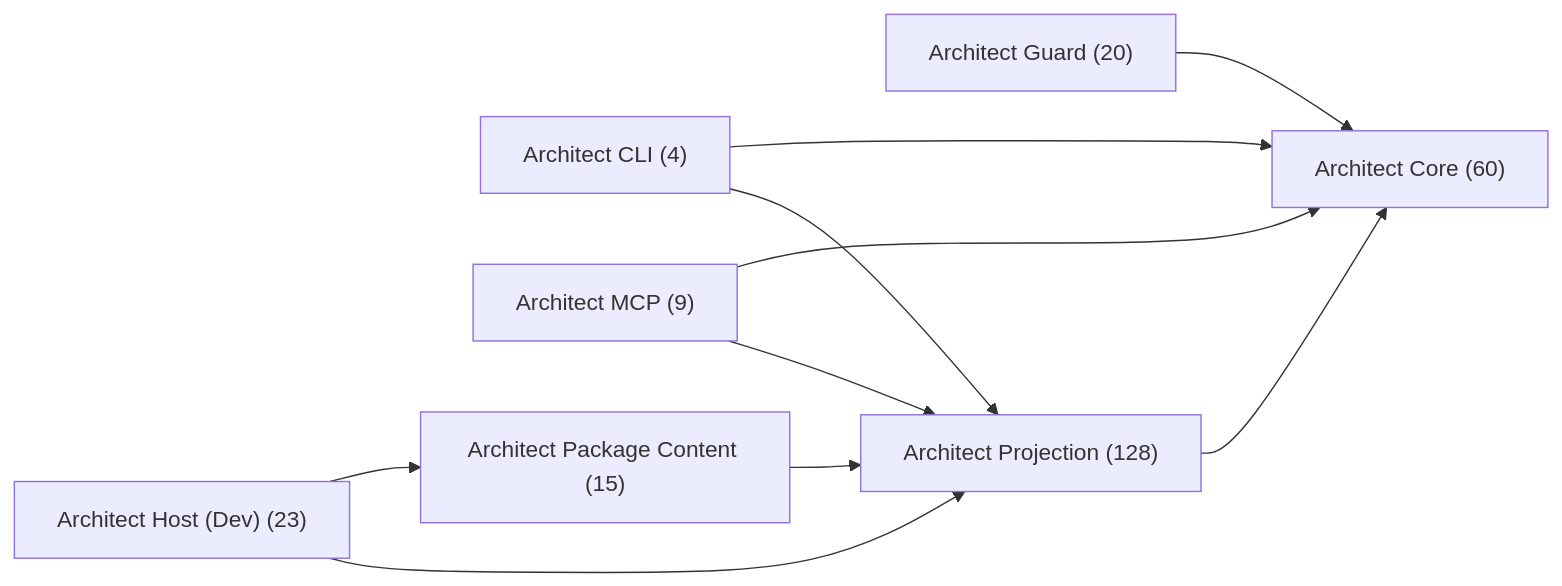
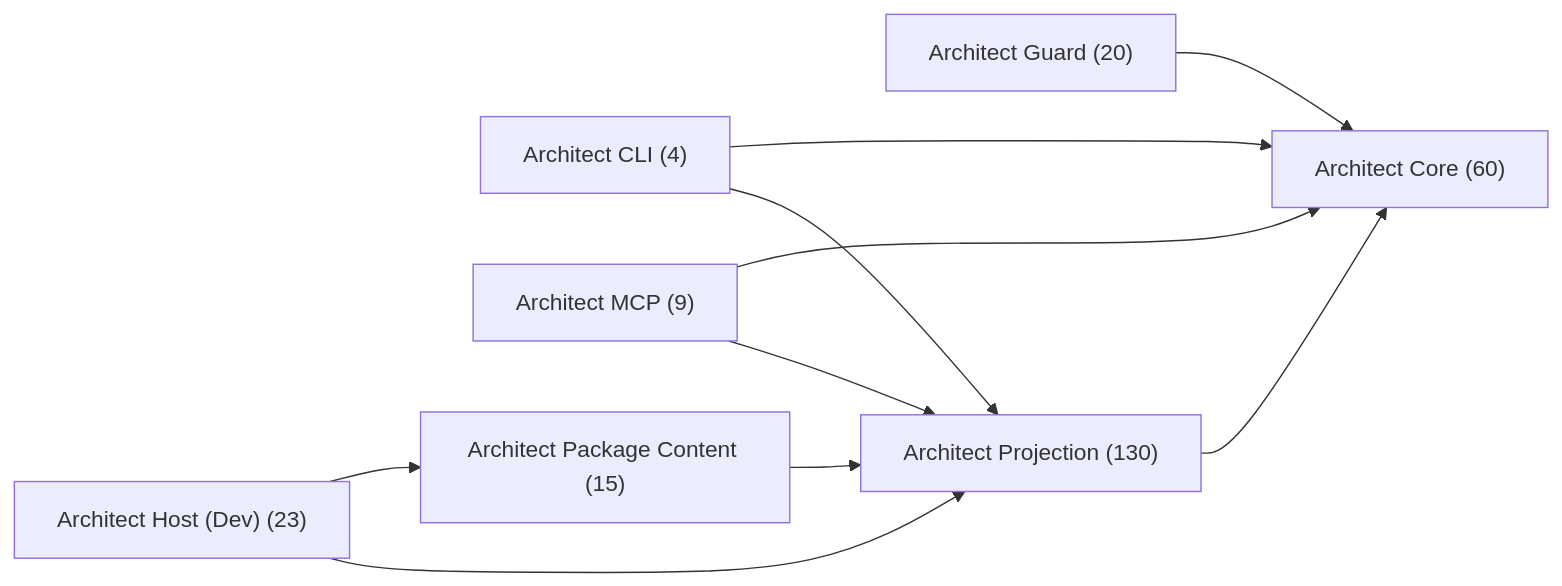
One commit to libar-dev/architect changed the first of 8 diagrams in docs-live/architecture/package-seam.md. Above: the diagram before and after it, drawn with Mermaid. The commit also changed other lines of this file and 16 other files, not shown here.

````diff
--- a/docs-live/architecture/package-seam.md
+++ b/docs-live/architecture/package-seam.md
@@ -18,19 +18,19 @@
 ```mermaid
 graph LR
   pkg_architect_cli["Architect CLI (4)"]
   pkg_architect_core["Architect Core (60)"]
   pkg_architect_guard["Architect Guard (20)"]
   pkg_architect_host_dev["Architect Host (Dev) (23)"]
   pkg_architect_mcp["Architect MCP (9)"]
   pkg_architect_package_content["Architect Package Content (15)"]
-  pkg_architect_projection["Architect Projection (128)"]
+  pkg_architect_projection["Architect Projection (130)"]
   pkg_architect_cli --> pkg_architect_core
   pkg_architect_cli --> pkg_architect_projection
   pkg_architect_guard --> pkg_architect_core
   pkg_architect_host_dev --> pkg_architect_package_content
   pkg_architect_host_dev --> pkg_architect_projection
   pkg_architect_mcp --> pkg_architect_core
   pkg_architect_mcp --> pkg_architect_projection
   pkg_architect_package_content --> pkg_architect_projection
   pkg_architect_projection --> pkg_architect_core
 ```
````
